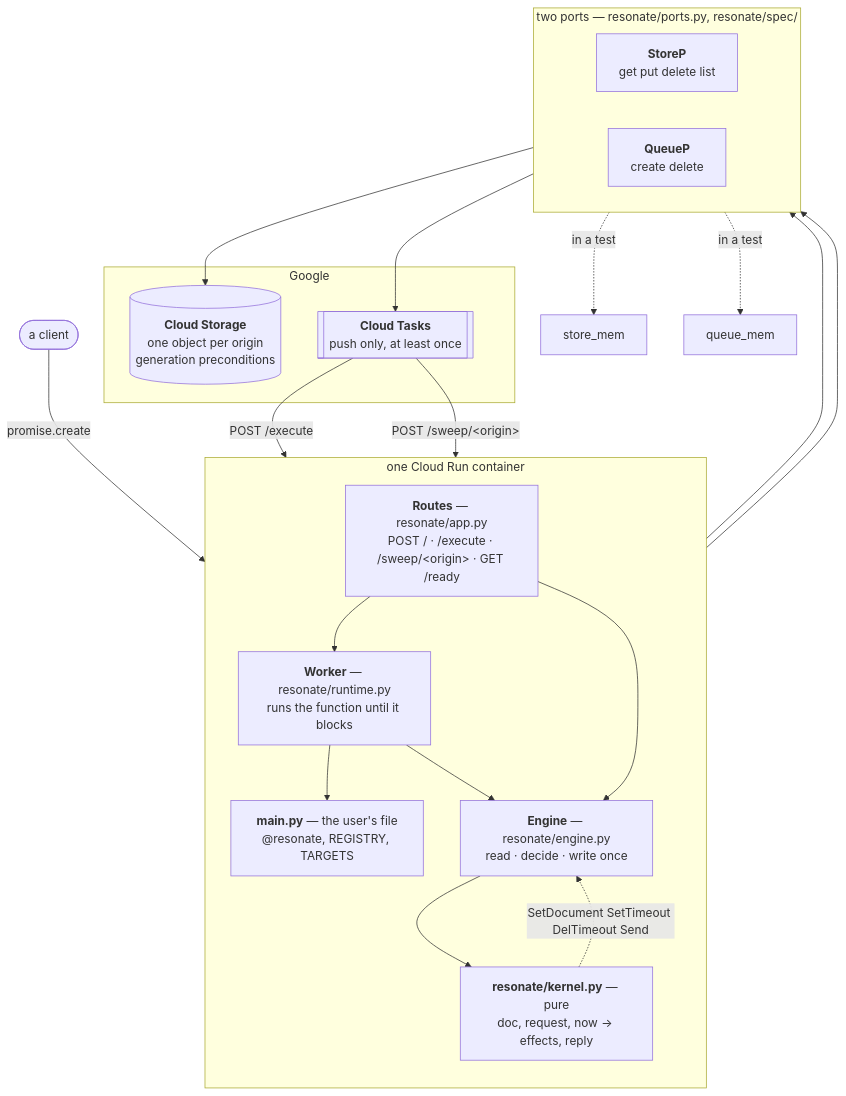
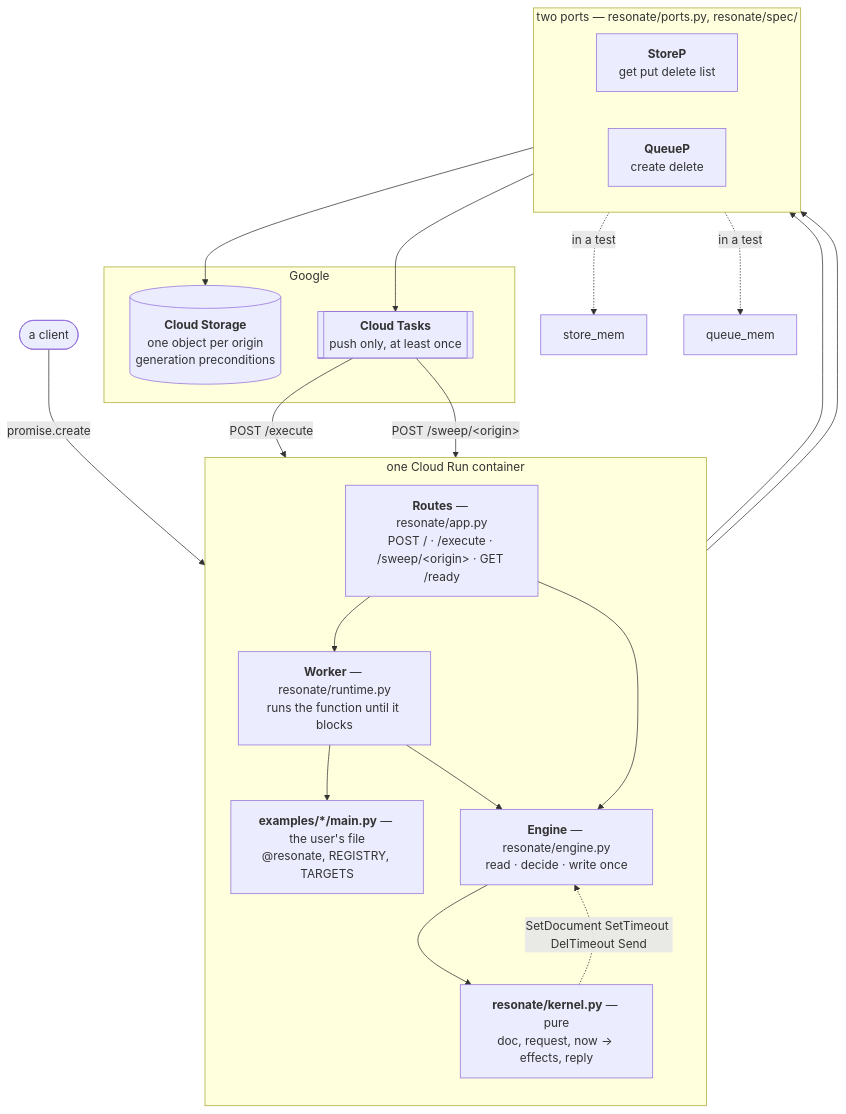
Before and after one commit to resonatehq/durable-execution: the diagram in code/final/ARCHITECTURE.md, drawn with Mermaid. The commit also changed 12 other files, not shown here.

````diff
--- a/code/final/ARCHITECTURE.md
+++ b/code/final/ARCHITECTURE.md
@@ -9,43 +9,43 @@
 ```mermaid
 flowchart TB
     client(["a client"])
 
     subgraph container["one Cloud Run container"]
         direction TB
         routes["<b>Routes</b> — resonate/app.py<br/>POST / · /execute · /sweep/&lt;origin&gt; · GET /ready"]
         worker["<b>Worker</b> — resonate/runtime.py<br/>runs the function until it blocks"]
-        app["<b>main.py</b> — the user's file<br/>@resonate, REGISTRY, TARGETS"]
+        app["<b>examples/*/main.py</b> — the user's file<br/>@resonate, REGISTRY, TARGETS"]
         engine["<b>Engine</b> — resonate/engine.py<br/>read · decide · write once"]
         kernel["<b>resonate/kernel.py</b> — pure<br/>doc, request, now → effects, reply"]
     end
 
     subgraph ports["two ports — resonate/ports.py, resonate/spec/"]
         direction LR
         store["<b>StoreP</b><br/>get put delete list"]
         queue["<b>QueueP</b><br/>create delete"]
     end
 
     subgraph google["Google"]
         gcs[("<b>Cloud Storage</b><br/>one object per origin<br/>generation preconditions")]
         tasks[["<b>Cloud Tasks</b><br/>push only, at least once"]]
     end
 
     client -->|"promise.create"| routes
     routes --> worker
     worker --> app
     worker --> engine
     routes --> engine
     engine --> kernel
     kernel -.->|"SetDocument SetTimeout DelTimeout Send"| engine
 
     engine --> store
     engine --> queue
     store --> gcs
     queue --> tasks
 
     tasks -->|"POST /execute"| routes
     tasks -->|"POST /sweep/&lt;origin&gt;"| routes
 
     store -.->|"in a test"| storemem["store_mem"]
     queue -.->|"in a test"| queuemem["queue_mem"]
 ```
````
